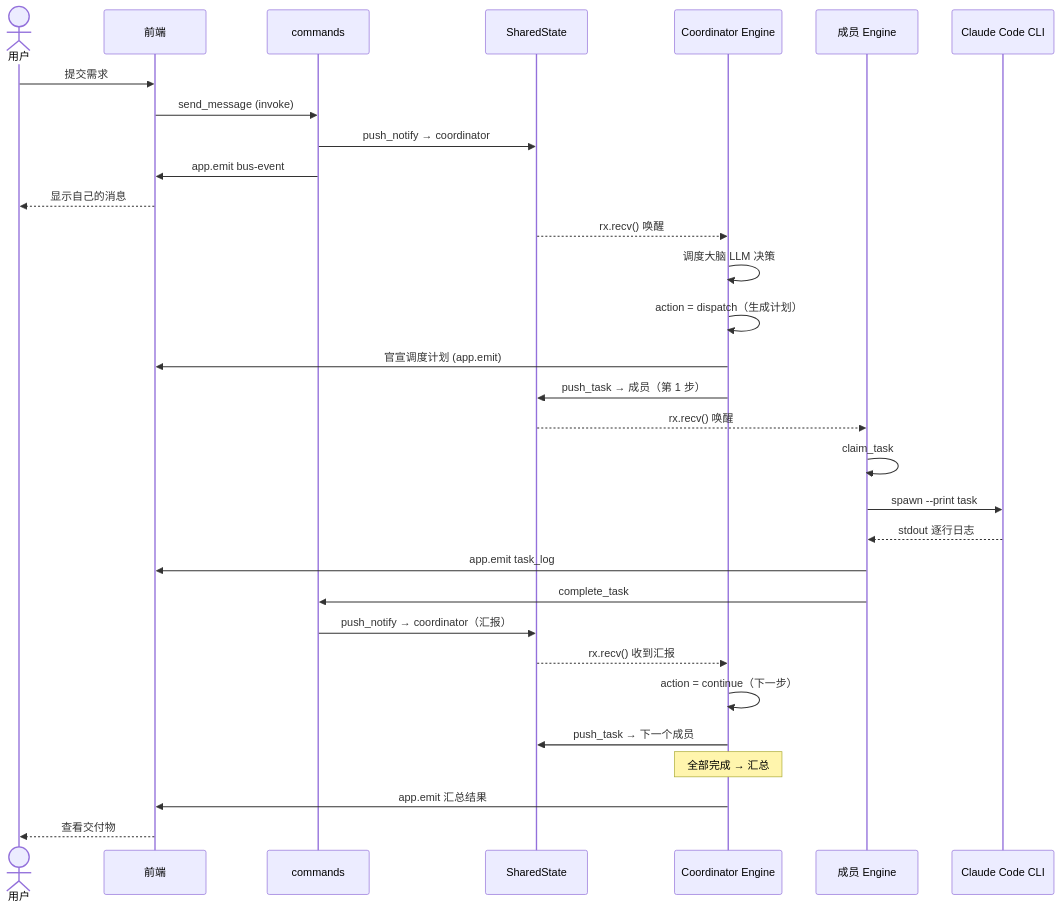
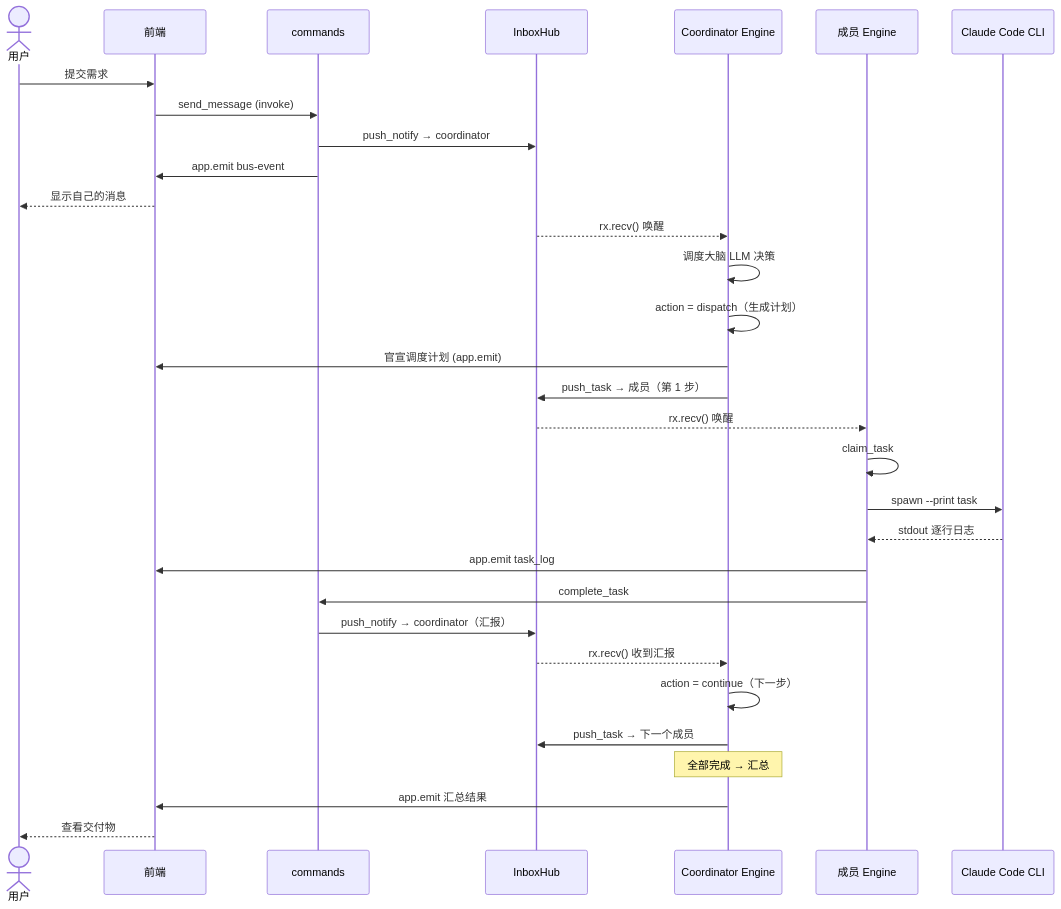
The third of 6 diagrams in README.md (free-wyq/multi-Agent), drawn with Mermaid before and after one commit. The commit also changed other lines of this file and 9 other files, not shown here.

````diff
--- a/README.md
+++ b/README.md
@@ -73,37 +96,37 @@
 ```mermaid
 sequenceDiagram
     actor U as 用户
     participant F as 前端
     participant C as commands
-    participant SS as SharedState
+    participant SS as InboxHub
     participant CO as Coordinator Engine
     participant M as 成员 Engine
     participant CLI as Claude Code CLI
 
     U->>F: 提交需求
     F->>C: send_message (invoke)
     C->>SS: push_notify → coordinator
     C->>F: app.emit bus-event
     F-->>U: 显示自己的消息
 
     SS-->>CO: rx.recv() 唤醒
     CO->>CO: 调度大脑 LLM 决策
     CO->>CO: action = dispatch（生成计划）
     CO->>F: 官宣调度计划 (app.emit)
     CO->>SS: push_task → 成员（第 1 步）
 
     SS-->>M: rx.recv() 唤醒
     M->>M: claim_task
     M->>CLI: spawn --print task
     CLI-->>M: stdout 逐行日志
     M->>F: app.emit task_log
     M->>C: complete_task
     C->>SS: push_notify → coordinator（汇报）
 
     SS-->>CO: rx.recv() 收到汇报
     CO->>CO: action = continue（下一步）
     CO->>SS: push_task → 下一个成员
     Note over CO: 全部完成 → 汇总
     CO->>F: app.emit 汇总结果
     F-->>U: 查看交付物
 ```
````
